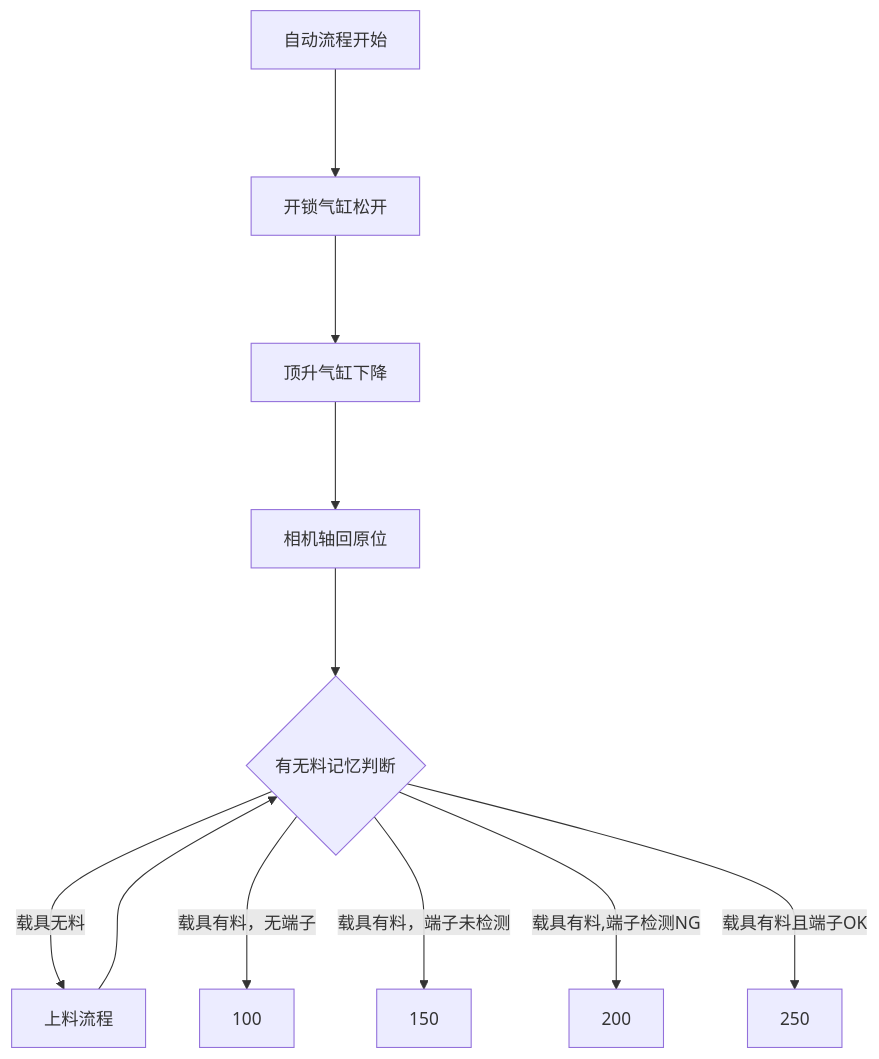
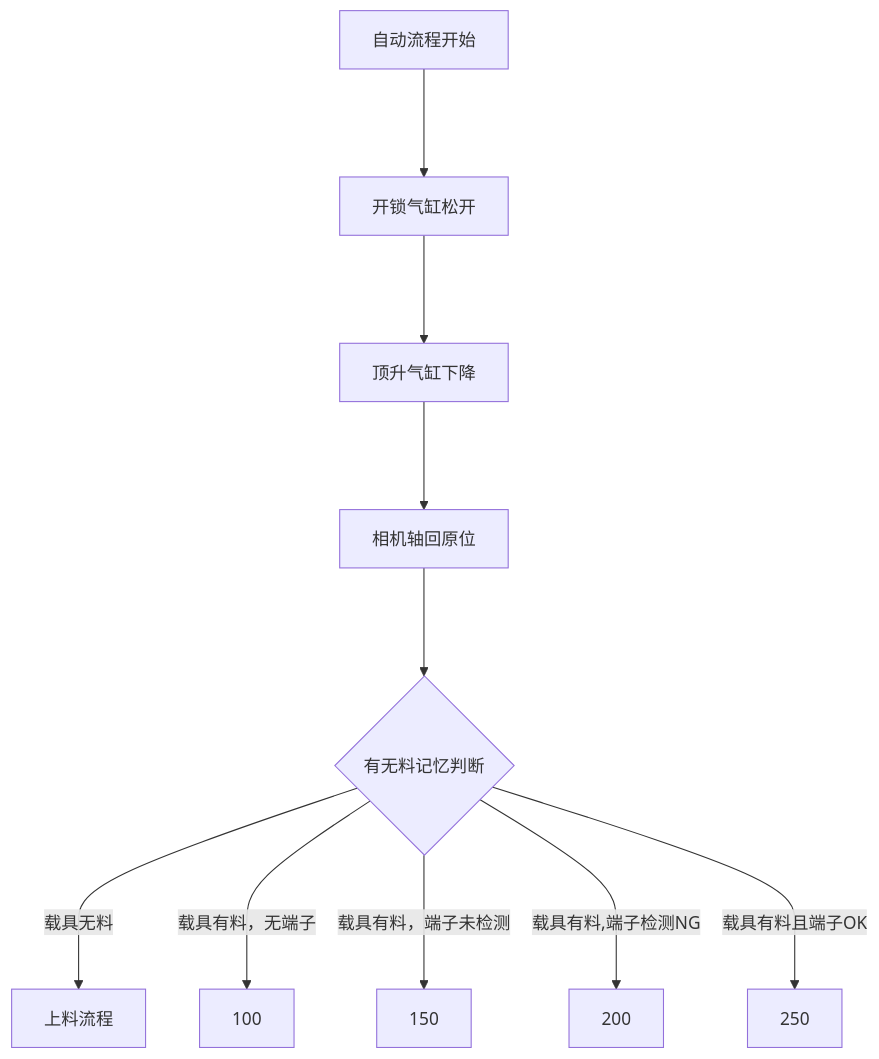
Before and after one commit to zmq000/iodraw-files: the diagram in all/OP70工位4左端子上料.md, drawn with Mermaid.

Commit message:
2026-06-17 17:23:02 update

````diff
--- a/all/OP70工位4左端子上料.md
+++ b/all/OP70工位4左端子上料.md
@@ -1,14 +1,14 @@
 ```mermaid
 graph TD
 自动流程开始--->10
 10[开锁气缸松开]--->20
 20[顶升气缸下降]--->30
 30[相机轴回原位]--->40
 40{有无料记忆判断}--->|载具无料|50
 40--->|载具有料，无端子|100
 40--->|载具有料，端子未检测|150
 40--->|载具有料,端子检测NG|200
 40--->|载具有料且端子OK|250
-50[上料流程]--->40
+50[上料流程]
 
 ```
````
